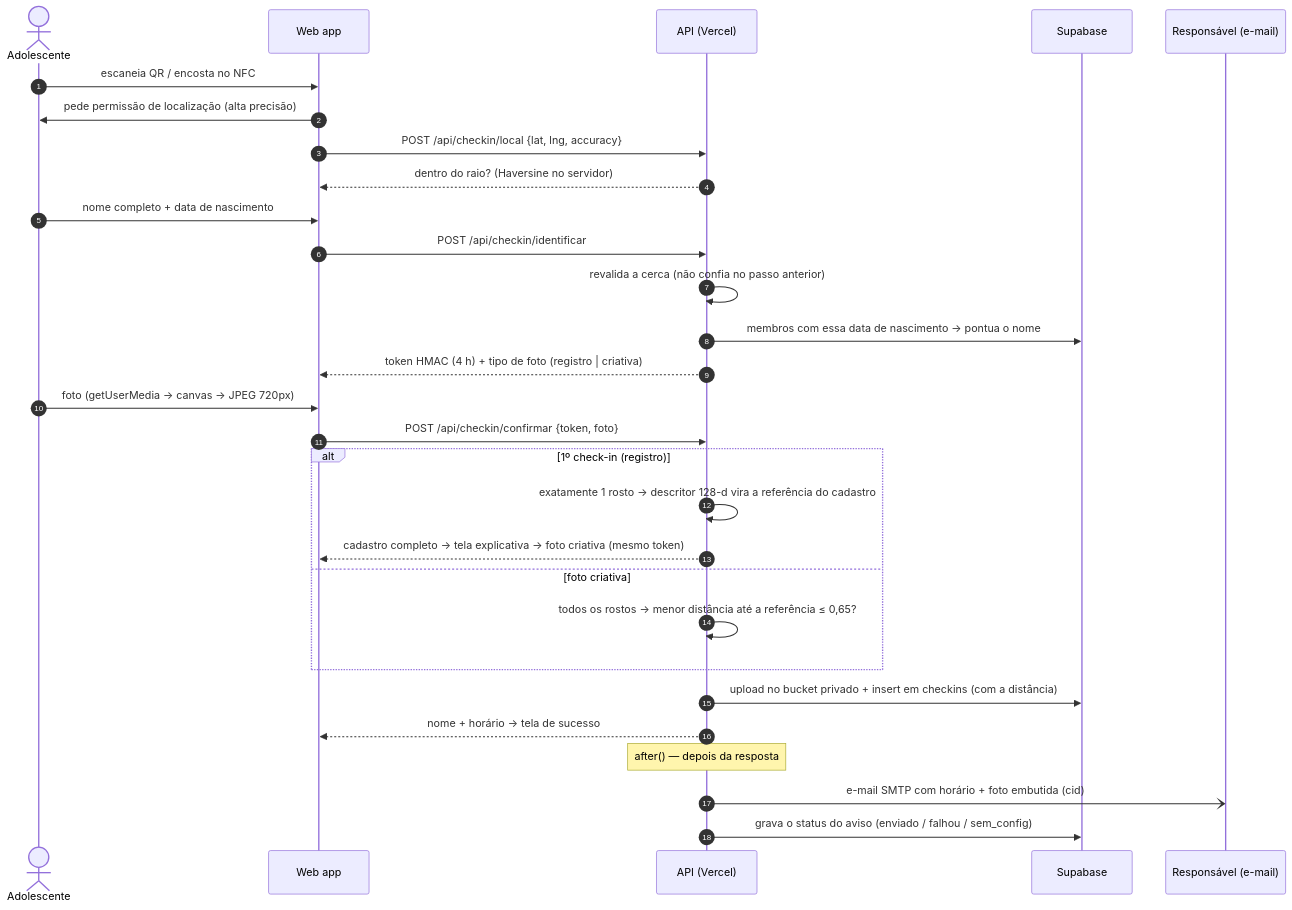
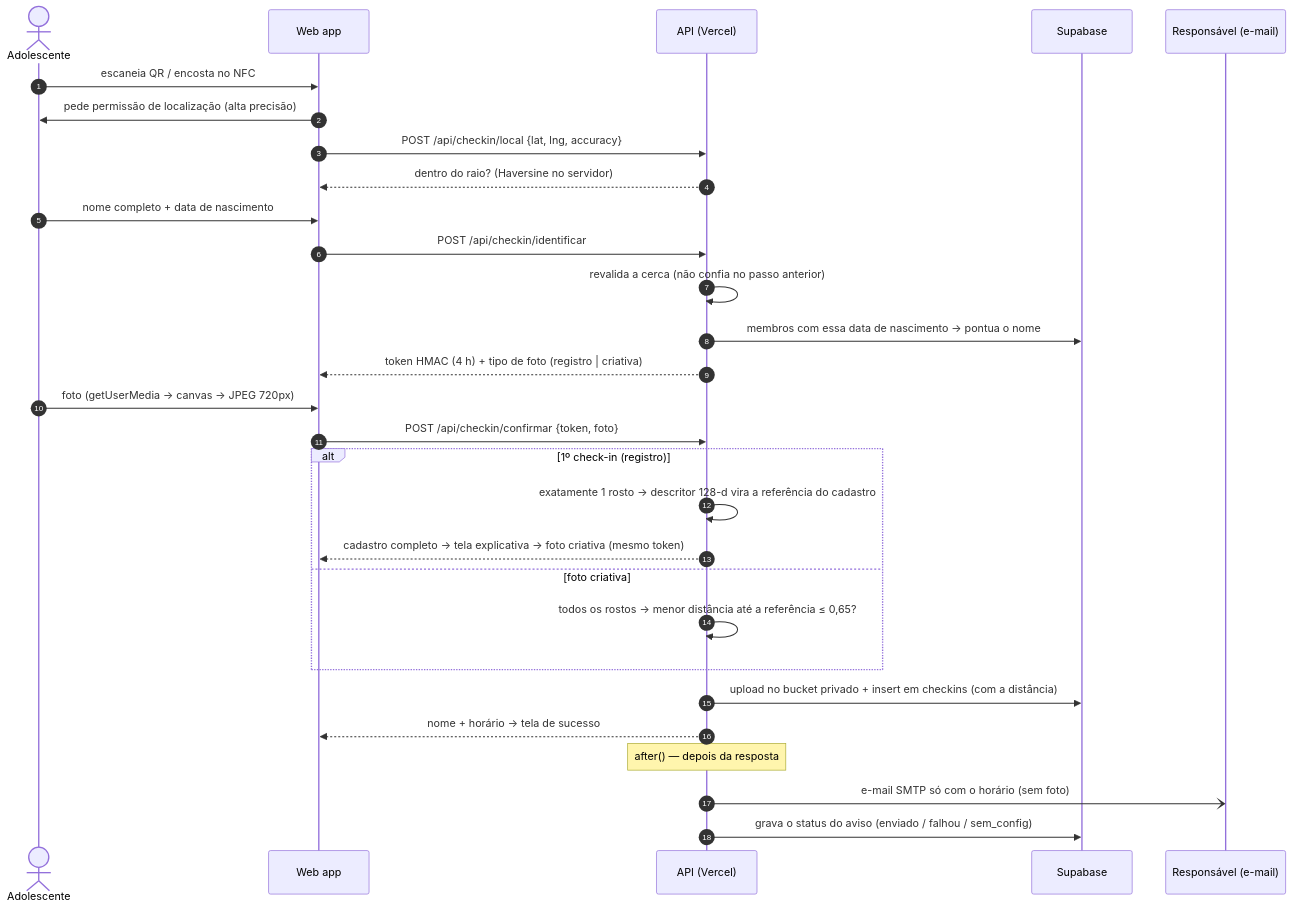
Before and after one commit to pedroeduardo36/flag-checkin: the second of 2 diagrams in README.md, drawn with Mermaid. The commit also changed other lines of this file and 40 other files, not shown here.

````diff
--- a/README.md
+++ b/README.md
@@ -134,32 +136,32 @@
 ```mermaid
 sequenceDiagram
   autonumber
   actor A as Adolescente
   participant W as Web app
   participant S as API (Vercel)
   participant D as Supabase
   participant R as Responsável (e-mail)
 
   A->>W: escaneia QR / encosta no NFC
   W->>A: pede permissão de localização (alta precisão)
   W->>S: POST /api/checkin/local {lat, lng, accuracy}
   S-->>W: dentro do raio? (Haversine no servidor)
   A->>W: nome completo + data de nascimento
   W->>S: POST /api/checkin/identificar
   S->>S: revalida a cerca (não confia no passo anterior)
   S->>D: membros com essa data de nascimento → pontua o nome
   S-->>W: token HMAC (4 h) + tipo de foto (registro | criativa)
   A->>W: foto (getUserMedia → canvas → JPEG 720px)
   W->>S: POST /api/checkin/confirmar {token, foto}
   alt 1º check-in (registro)
     S->>S: exatamente 1 rosto → descritor 128-d vira a referência do cadastro
     S-->>W: cadastro completo → tela explicativa → foto criativa (mesmo token)
   else foto criativa
     S->>S: todos os rostos → menor distância até a referência ≤ 0,65?
   end
   S->>D: upload no bucket privado + insert em checkins (com a distância)
   S-->>W: nome + horário → tela de sucesso
   Note over S: after() — depois da resposta
-  S-)R: e-mail SMTP com horário + foto embutida (cid)
+  S-)R: e-mail SMTP só com o horário (sem foto)
   S->>D: grava o status do aviso (enviado / falhou / sem_config)
 ```
````
